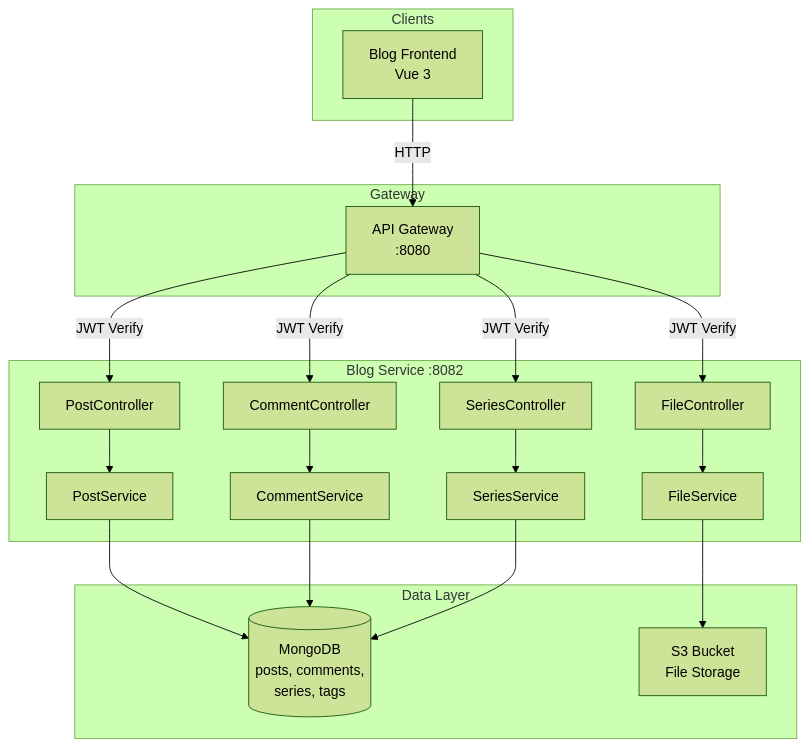
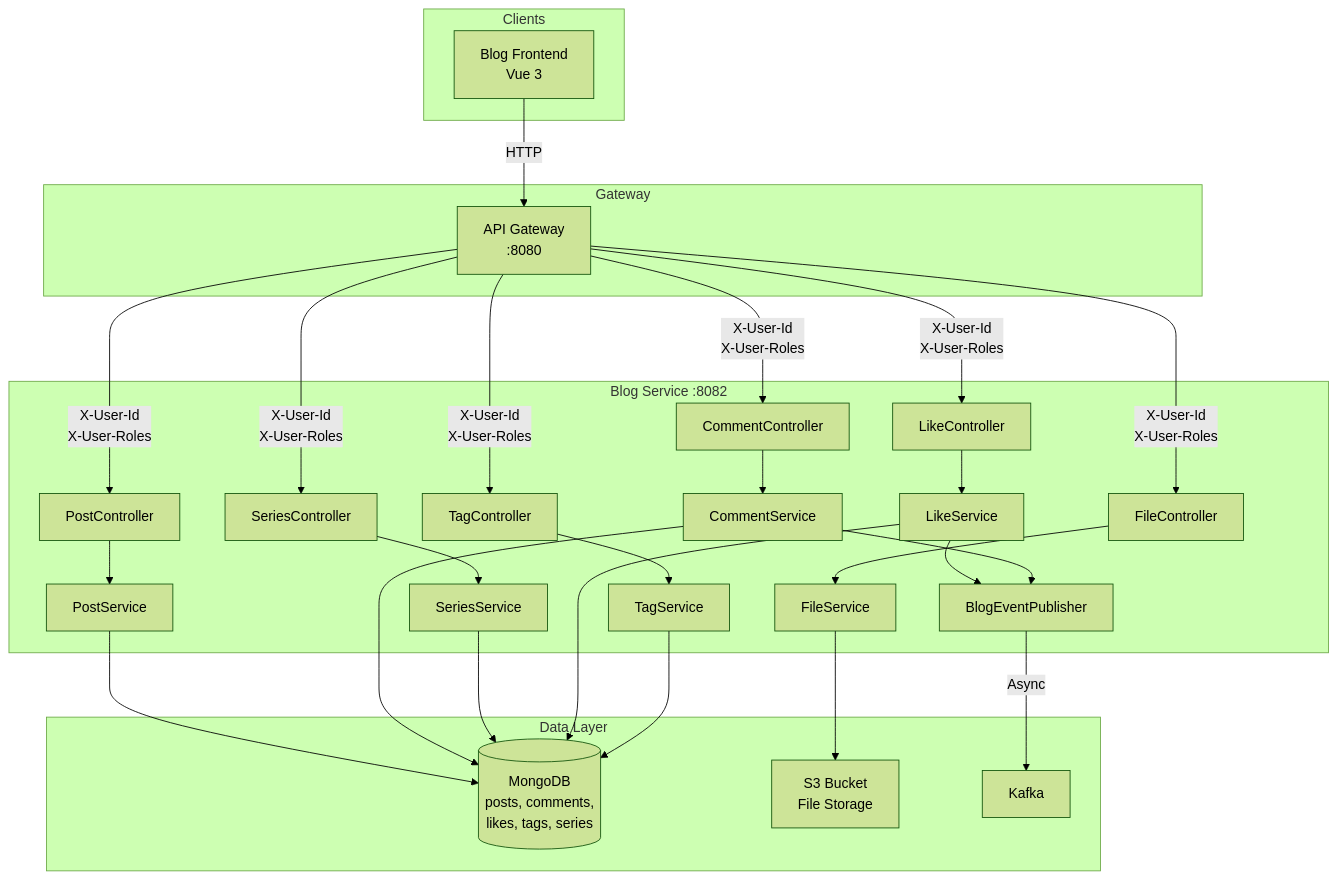
Before and after one commit to L-a-z-e/portal-universe: the first of 3 diagrams in docs/architecture/blog-service/system-overview.md, drawn with Mermaid (forest theme). The commit also changed other lines of this file and 1 other file, not shown here.

First line of the commit message:
docs(architecture): rewrite blog-service docs to match actual codebase

````diff
--- a/docs/architecture/blog-service/system-overview.md
+++ b/docs/architecture/blog-service/system-overview.md
@@ -43,42 +41,60 @@
 ```mermaid
 graph TB
     subgraph Clients
         A[Blog Frontend<br/>Vue 3]
     end
 
     subgraph Gateway
         B[API Gateway<br/>:8080]
     end
 
     subgraph Blog Service :8082
         C[PostController]
         D[CommentController]
         E[SeriesController]
         F[FileController]
-        G[PostService]
-        H[CommentService]
-        I[SeriesService]
-        J[FileService]
+        G[LikeController]
+        H[TagController]
+
+        I[PostService]
+        J[CommentService]
+        K[SeriesService]
+        L[FileService]
+        M[LikeService]
+        N[TagService]
+
+        O[BlogEventPublisher]
     end
 
     subgraph Data Layer
-        K[(MongoDB<br/>posts, comments,<br/>series, tags)]
-        L[S3 Bucket<br/>File Storage]
+        P[(MongoDB<br/>posts, comments,<br/>likes, tags, series)]
+        Q[S3 Bucket<br/>File Storage]
+        R[Kafka]
     end
 
     A -->|HTTP| B
-    B -->|JWT Verify| C
-    B -->|JWT Verify| D
-    B -->|JWT Verify| E
-    B -->|JWT Verify| F
+    B -->|X-User-Id<br/>X-User-Roles| C
+    B -->|X-User-Id<br/>X-User-Roles| D
+    B -->|X-User-Id<br/>X-User-Roles| E
+    B -->|X-User-Id<br/>X-User-Roles| F
+    B -->|X-User-Id<br/>X-User-Roles| G
+    B -->|X-User-Id<br/>X-User-Roles| H
 
-    C --> G
-    D --> H
-    E --> I
-    F --> J
+    C --> I
+    D --> J
+    E --> K
+    F --> L
+    G --> M
+    H --> N
 
-    G --> K
-    H --> K
-    I --> K
-    J --> L
+    I --> P
+    J --> P
+    K --> P
+    M --> P
+    N --> P
+    L --> Q
+
+    M --> O
+    J --> O
+    O -->|Async| R
 ```
````
